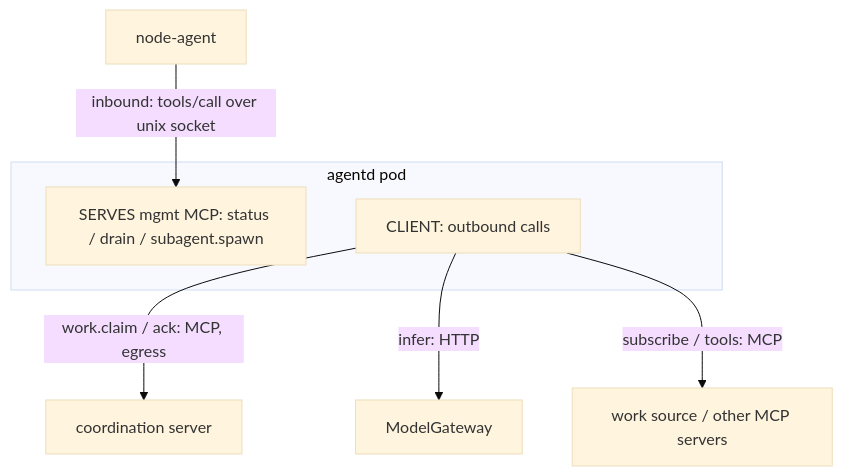
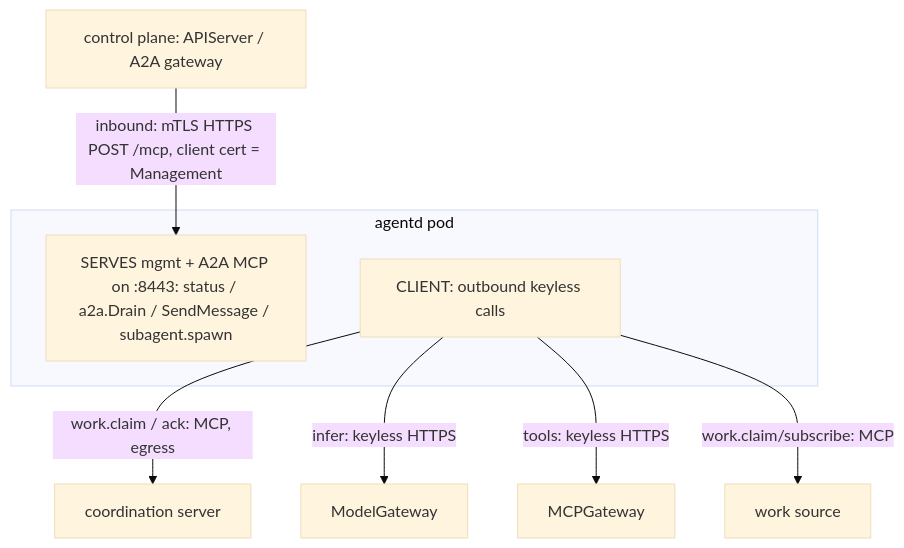
Before and after one commit to AgentCTL-dev/source-code: the second of 13 diagrams in docs/architecture.md, drawn with Mermaid (base theme). The commit also changed other lines of this file and 15 other files, not shown here.

````diff
--- a/docs/architecture.md
+++ b/docs/architecture.md
@@ -77,13 +86,14 @@
 ```mermaid
 flowchart TB
-  na[node-agent] -->|inbound: tools/call over unix socket| srv
+  cp[control plane: APIServer / A2A gateway] -->|inbound: mTLS HTTPS POST /mcp, client cert = Management| srv
 
   subgraph agent[agentd pod]
-    srv[SERVES mgmt MCP: status / drain / subagent.spawn]
-    cli[CLIENT: outbound calls]
+    srv[SERVES mgmt + A2A MCP on :8443: status / a2a.Drain / SendMessage / subagent.spawn]
+    cli[CLIENT: outbound keyless calls]
   end
 
   cli -->|work.claim / ack: MCP, egress| coord[coordination server]
-  cli -->|infer: HTTP| mg[ModelGateway]
-  cli -->|subscribe / tools: MCP| src[work source / other MCP servers]
+  cli -->|infer: keyless HTTPS| mg[ModelGateway]
+  cli -->|tools: keyless HTTPS| mcpg[MCPGateway]
+  cli -->|work.claim/subscribe: MCP| src[work source]
 ```
````
